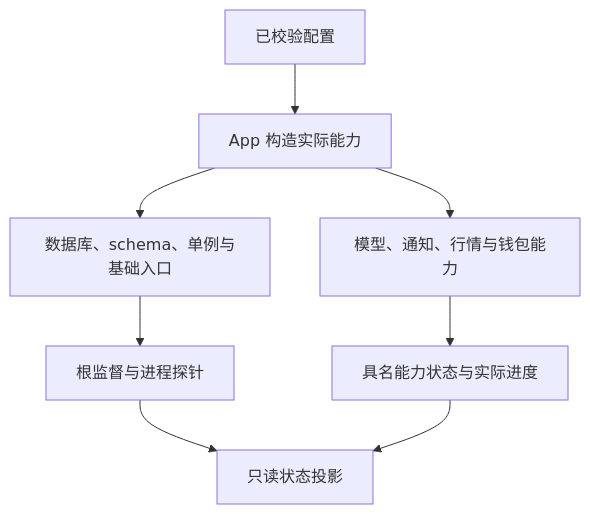
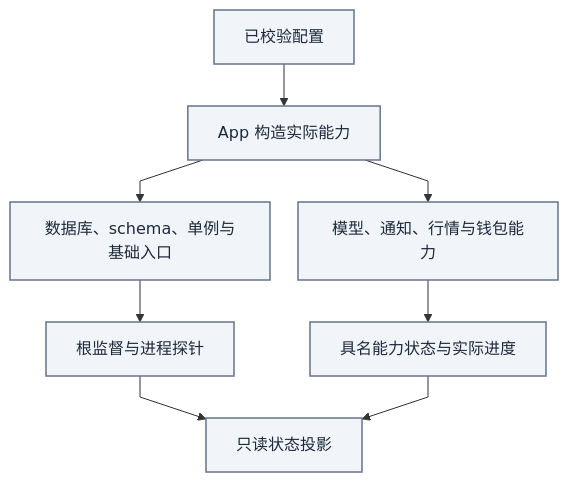
Before and after one commit to AnalyThothAI/tracefold: the second of 2 diagrams in docs/modules/platform.md, drawn with Mermaid. The commit also changed other lines of this file and 19 other files, not shown here.

Commit message:
docs: unify Chinese handbook design and architecture diagrams

````diff
--- a/docs/modules/platform.md
+++ b/docs/modules/platform.md
@@ -64,10 +114,27 @@
 ```mermaid
+---
+config:
+  fontFamily: "system-ui, Noto Sans CJK SC, Microsoft YaHei, WenQuanYi Zen Hei, sans-serif"
+  flowchart:
+    curve: linear
+    nodeSpacing: 28
+    rankSpacing: 42
+---
 flowchart TD
+    accTitle: 任务监督与能力状态
+    accDescr: App 按配置构造基础与可选能力，分别由根级监督和具名能力状态报告到只读投影。
     Config["已校验配置"] --> Compose["App 构造实际能力"]
     Compose --> Foundation["数据库、schema、单例与基础入口"]
     Compose --> Optional["模型、通知、行情与钱包能力"]
     Foundation --> Root["根监督与进程探针"]
     Optional --> Status["具名能力状态与实际进度"]
     Root --> View["只读状态投影"]
     Status --> View
+
+    classDef news fill:#ecfdf5,stroke:#0f766e,color:#134e4a,stroke-width:1.5px
+    classDef research fill:#eef2ff,stroke:#6366f1,color:#312e81,stroke-width:1.5px
+    classDef execution fill:#fff7ed,stroke:#c2410c,color:#7c2d12,stroke-width:1.5px
+    classDef store fill:#f1f5f9,stroke:#64748b,color:#1e293b,stroke-width:1.5px
+    classDef external fill:#f8fafc,stroke:#94a3b8,color:#334155,stroke-dasharray:4 3
+class Config,Compose,Foundation,Optional,Root,Status,View store;
 ```
````
